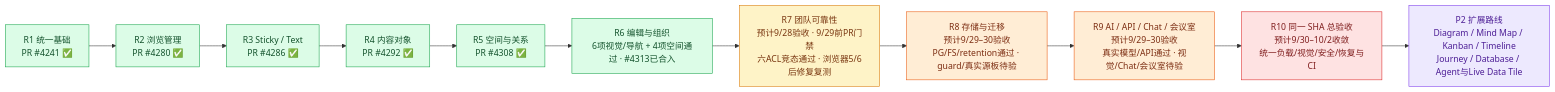
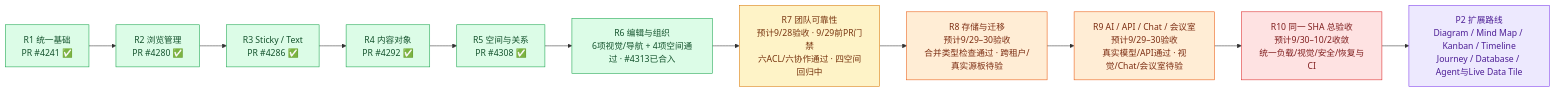
The first of 4 diagrams in phases/phase-19-board-visual-workspace/design-deltas/2026-09-26-unified-board-plan.md (boardx/workspacex), drawn with Mermaid before and after one commit. The commit also changed other lines of this file, not shown here.

Commit message:
docs(board): refresh integrated iteration acceptance status

````diff
--- a/phases/phase-19-board-visual-workspace/design-deltas/2026-09-26-unified-board-plan.md
+++ b/phases/phase-19-board-visual-workspace/design-deltas/2026-09-26-unified-board-plan.md
@@ -25,20 +25,20 @@
 ```mermaid
 flowchart LR
   R1["R1 统一基础<br/>PR #4241 ✅"]:::merged --> R2["R2 浏览管理<br/>PR #4280 ✅"]:::merged
   R2 --> R3["R3 Sticky / Text<br/>PR #4286 ✅"]:::merged
   R3 --> R4["R4 内容对象<br/>PR #4292 ✅"]:::merged
   R4 --> R5["R5 空间与关系<br/>PR #4308 ✅"]:::merged
   R5 --> R6["R6 编辑与组织<br/>6项视觉/导航 + 4项空间通过 · #4313已合入"]:::merged
-  R6 --> R7["R7 团队可靠性<br/>预计9/28验收 · 9/29前PR门禁<br/>六ACL竞态通过 · 浏览器5/6后修复复测"]:::accepting
-  R7 --> R8["R8 存储与迁移<br/>预计9/29–30验收<br/>PG/FS/retention通过 · guard/真实源板待验"]:::working
+  R6 --> R7["R7 团队可靠性<br/>预计9/28验收 · 9/29前PR门禁<br/>六ACL/六协作通过 · 四空间回归中"]:::accepting
+  R7 --> R8["R8 存储与迁移<br/>预计9/29–30验收<br/>合并类型检查通过 · 跨租户/真实源板待验"]:::working
   R8 --> R9["R9 AI / API / Chat / 会议室<br/>预计9/29–30验收<br/>真实模型/API通过 · 视觉/Chat/会议室待验"]:::working
   R9 --> R10["R10 同一 SHA 总验收<br/>预计9/30–10/2收敛<br/>统一负载/视觉/安全/恢复与CI"]:::blocked
   R10 --> P2["P2 扩展路线<br/>Diagram / Mind Map / Kanban / Timeline<br/>Journey / Database / Agent与Live Data Tile"]:::future
   classDef merged fill:#dcfce7,stroke:#16a34a,color:#14532d
   classDef accepting fill:#fef3c7,stroke:#d97706,color:#78350f
   classDef ready fill:#dbeafe,stroke:#2563eb,color:#1e3a8a
   classDef working fill:#ffedd5,stroke:#ea580c,color:#7c2d12
   classDef blocked fill:#fee2e2,stroke:#dc2626,color:#7f1d1d
   classDef todo fill:#f1f5f9,stroke:#64748b,color:#334155
   classDef future fill:#ede9fe,stroke:#7c3aed,color:#4c1d95
 ```
````
